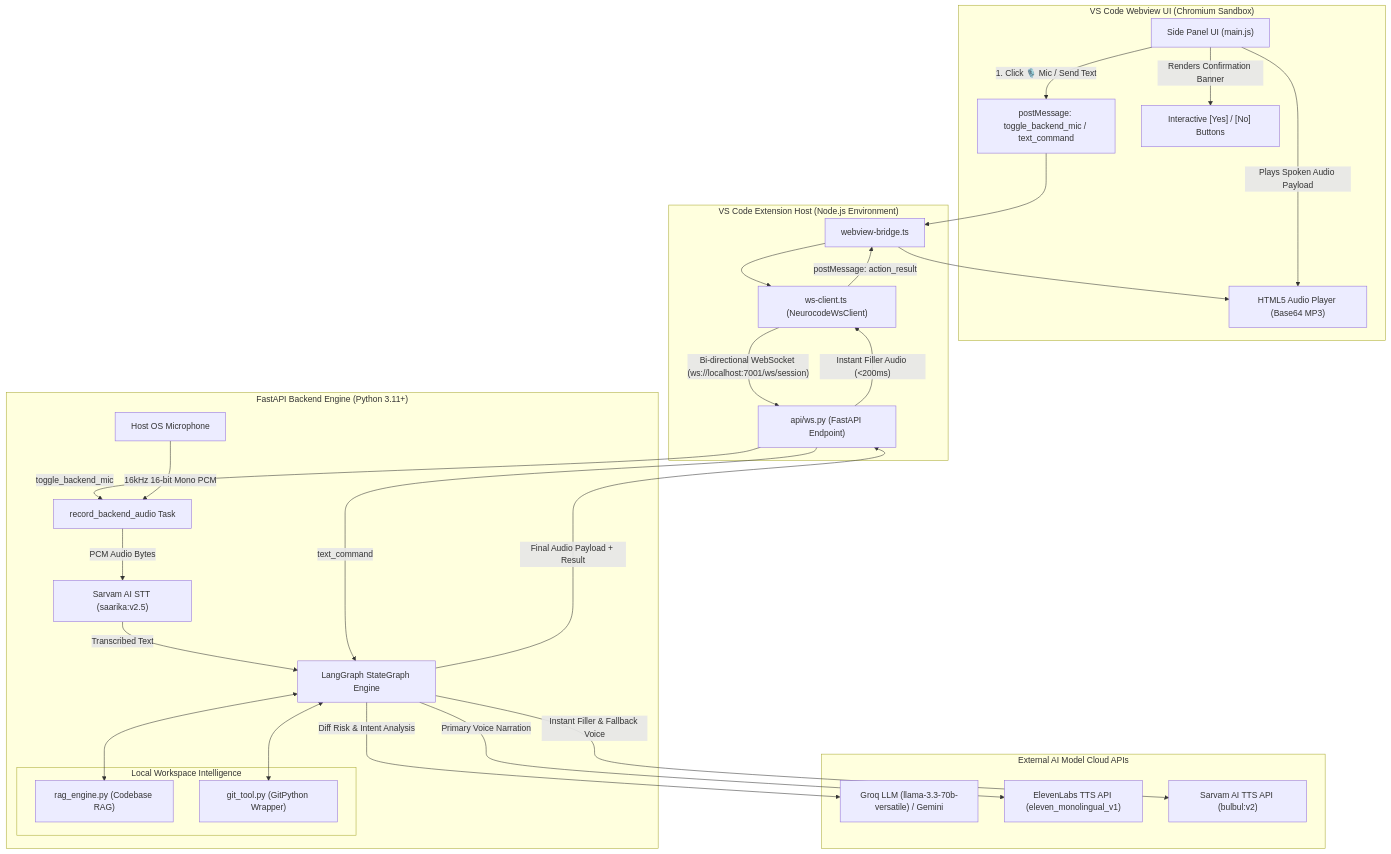
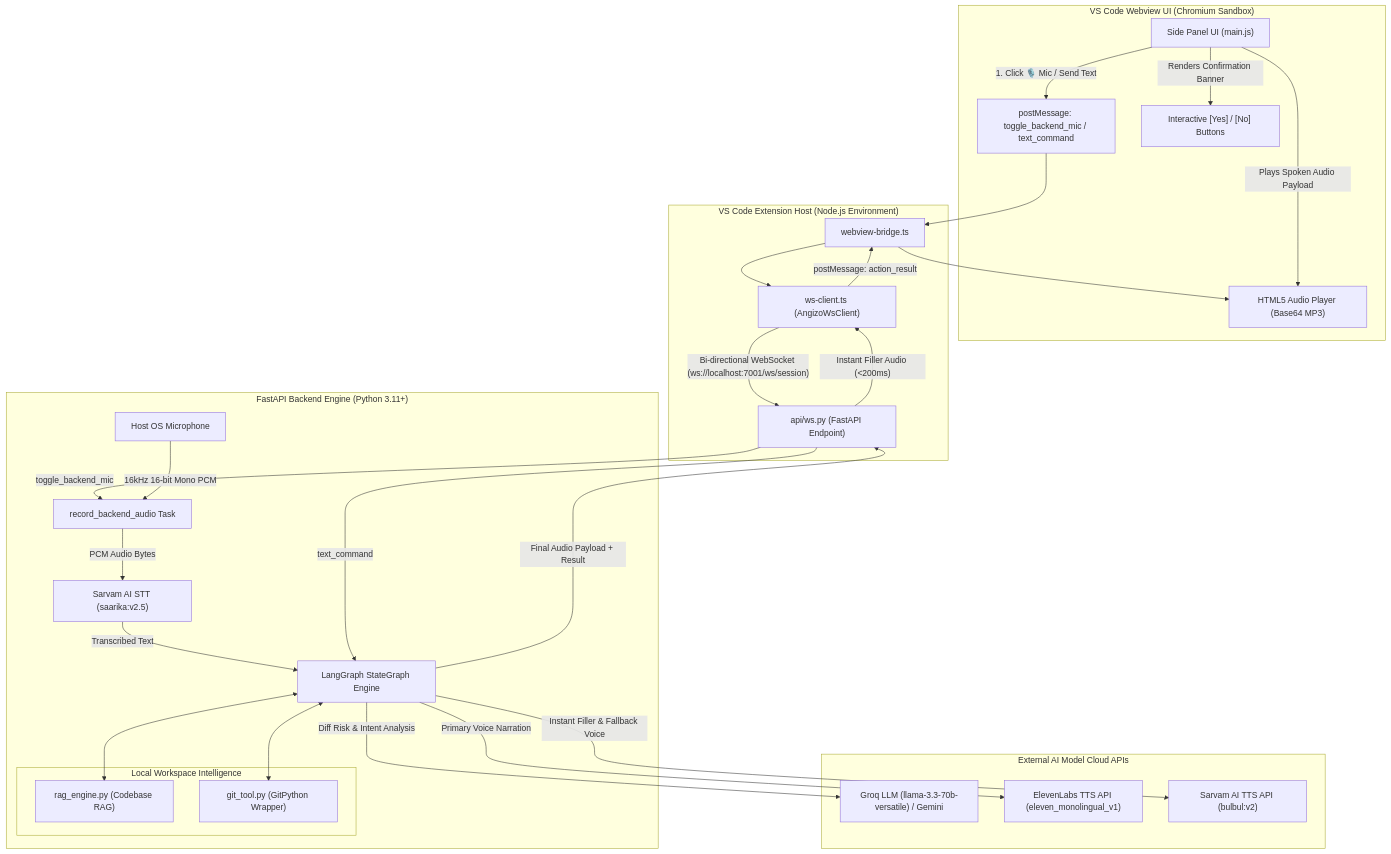
One commit to Poushali-02/Angizo changed the first of 4 diagrams in architecture_diagram.md. Above: the diagram before and after it, drawn with Mermaid. The commit also changed other lines of this file and 69 other files, not shown here.

````diff
--- a/architecture_diagram.md
+++ b/architecture_diagram.md
@@ -11,41 +11,41 @@
 ```mermaid
 graph TD
     subgraph "VS Code Webview UI (Chromium Sandbox)"
         UI["Side Panel UI (main.js)"] -- "1. Click 🎙️ Mic / Send Text" --> VEM["postMessage: toggle_backend_mic / text_command"]
         UI -- "Plays Spoken Audio Payload" --> AudioPlayer["HTML5 Audio Player (Base64 MP3)"]
         UI -- "Renders Confirmation Banner" --> ConfUI["Interactive [Yes] / [No] Buttons"]
     end
 
     subgraph "VS Code Extension Host (Node.js Environment)"
         VEM --> WBridge["webview-bridge.ts"]
-        WBridge --> WSClient["ws-client.ts (NeurocodeWsClient)"]
+        WBridge --> WSClient["ws-client.ts (AngizoWsClient)"]
         WSClient -- "Bi-directional WebSocket (ws://localhost:7001/ws/session)" --> WSAPI["api/ws.py (FastAPI Endpoint)"]
     end
 
     subgraph "FastAPI Backend Engine (Python 3.11+)"
         WSAPI -- "toggle_backend_mic" --> RecTask["record_backend_audio Task"]
         OSMic["Host OS Microphone"] -->|"16kHz 16-bit Mono PCM"| RecTask
         RecTask -- "PCM Audio Bytes" --> SarvamSTT["Sarvam AI STT (saarika:v2.5)"]
         SarvamSTT -- "Transcribed Text" --> Graph["LangGraph StateGraph Engine"]
         WSAPI -- "text_command" --> Graph
 
         subgraph "Local Workspace Intelligence"
             RAG["rag_engine.py (Codebase RAG)"]
             GitTools["git_tool.py (GitPython Wrapper)"]
         end
 
         Graph <--> RAG
         Graph <--> GitTools
     end
 
     subgraph "External AI Model Cloud APIs"
         Graph -- "Diff Risk & Intent Analysis" --> Groq["Groq LLM (llama-3.3-70b-versatile) / Gemini"]
         Graph -- "Primary Voice Narration" --> ElevenLabs["ElevenLabs TTS API (eleven_monolingual_v1)"]
         Graph -- "Instant Filler & Fallback Voice" --> SarvamTTS["Sarvam AI TTS API (bulbul:v2)"]
     end
 
     WSAPI -- "Instant Filler Audio (<200ms)" --> WSClient
     Graph -- "Final Audio Payload + Result" --> WSAPI
     WSClient -- "postMessage: action_result" --> WBridge
     WBridge --> AudioPlayer
 ```
````
